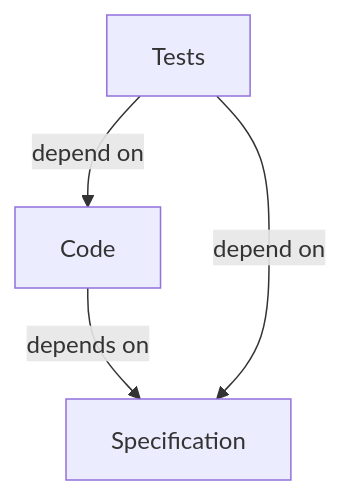
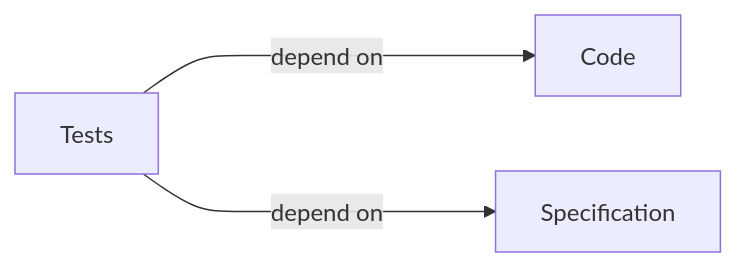
One commit to sd4483/Obsidian changed the second of 2 diagrams in Software Testing/Introduction to Software Testing.md. Above: the diagram before and after it, drawn with Mermaid. The commit also changed other lines of this file, not shown here.

Commit message:
vault backup: 2023-02-27 17:09:05

````diff
--- a/Software Testing/Introduction to Software Testing.md
+++ b/Software Testing/Introduction to Software Testing.md
@@ -47,6 +51,5 @@
 	```mermaid
-	flowchart TD
-		C[Code] -- depends on --> S[Specification]
-		T[Tests] -- depend on --> C
-		T -- depend on --> S
+	flowchart LR
+		T[Tests] -- depend on ----> C[Code]
+		T -- depend on ----> S[Specification]
 	```
````
